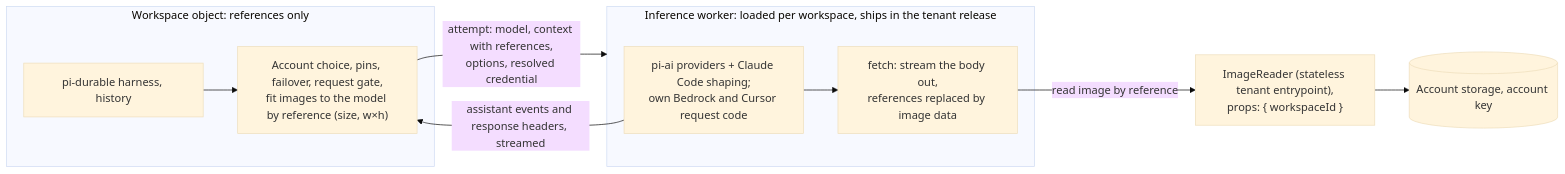
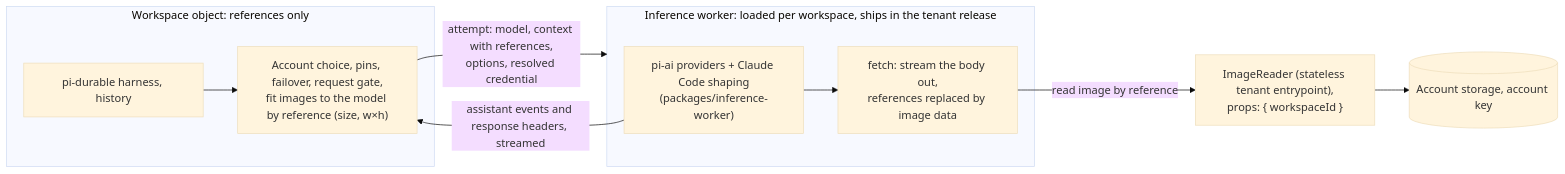
Before and after one commit to inKibra/gitspace.sh: the diagram in docs/INFERENCE-WORKER-DESIGN.md, drawn with Mermaid (base theme). The commit also changed other lines of this file and 38 other files, not shown here.

First line of the commit message:
Run model requests in a per-workspace inference worker loaded from the tenant release

````diff
--- a/docs/INFERENCE-WORKER-DESIGN.md
+++ b/docs/INFERENCE-WORKER-DESIGN.md
@@ -14,13 +14,13 @@
 ```mermaid
 flowchart LR
   subgraph WS["Workspace object: references only"]
     A["pi-durable harness, history"] --> B["Account choice, pins, failover, request gate,<br/>fit images to the model by reference (size, w×h)"]
   end
   B -- "attempt: model, context with references,<br/>options, resolved credential" --> IW
   subgraph IW["Inference worker: loaded per workspace, ships in the tenant release"]
-    C["pi-ai providers + Claude Code shaping;<br/>own Bedrock and Cursor request code"] --> F["fetch: stream the body out,<br/>references replaced by image data"]
+    C["pi-ai providers + Claude Code shaping<br/>(packages/inference-worker)"] --> F["fetch: stream the body out,<br/>references replaced by image data"]
   end
   F -- "read image by reference" --> R["ImageReader (stateless tenant entrypoint),<br/>props: { workspaceId }"]
   R --> S[("Account storage, account key")]
   C -- "assistant events and response headers, streamed" --> B
 ```
````
